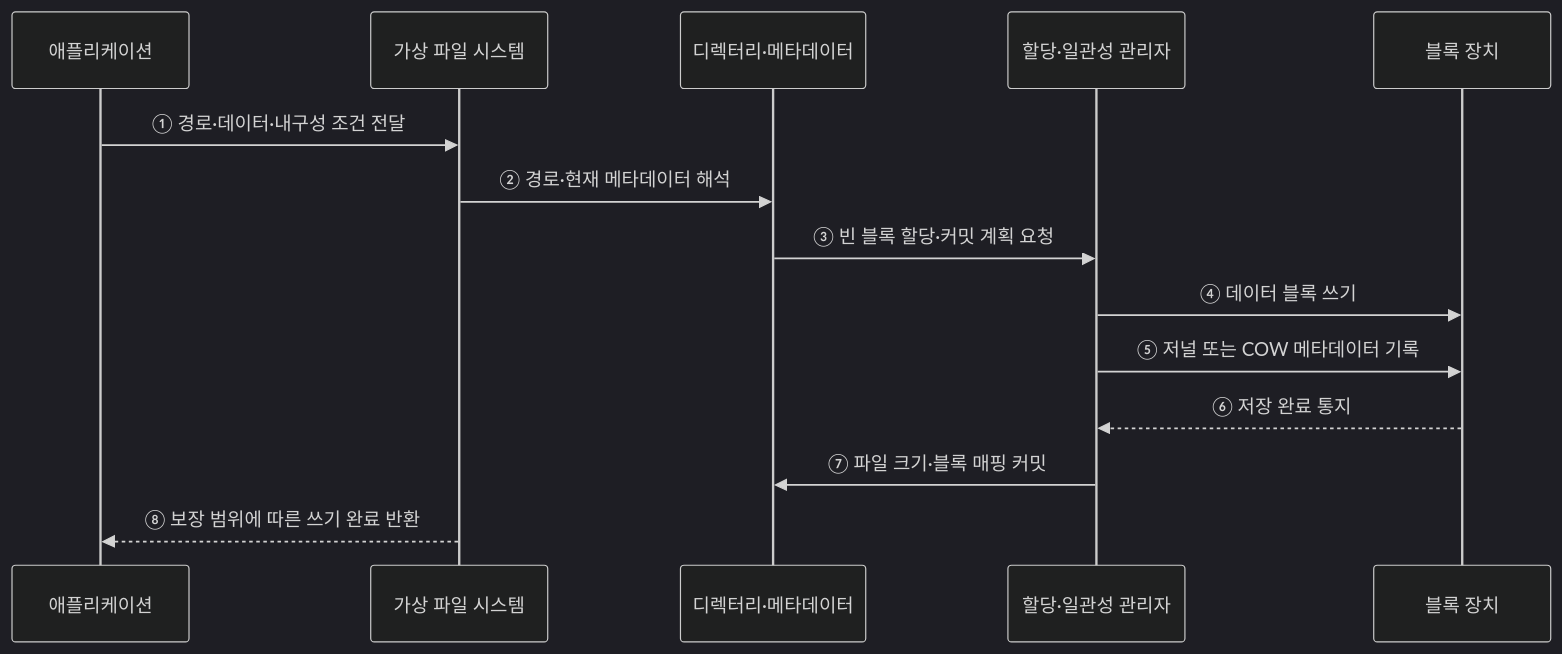
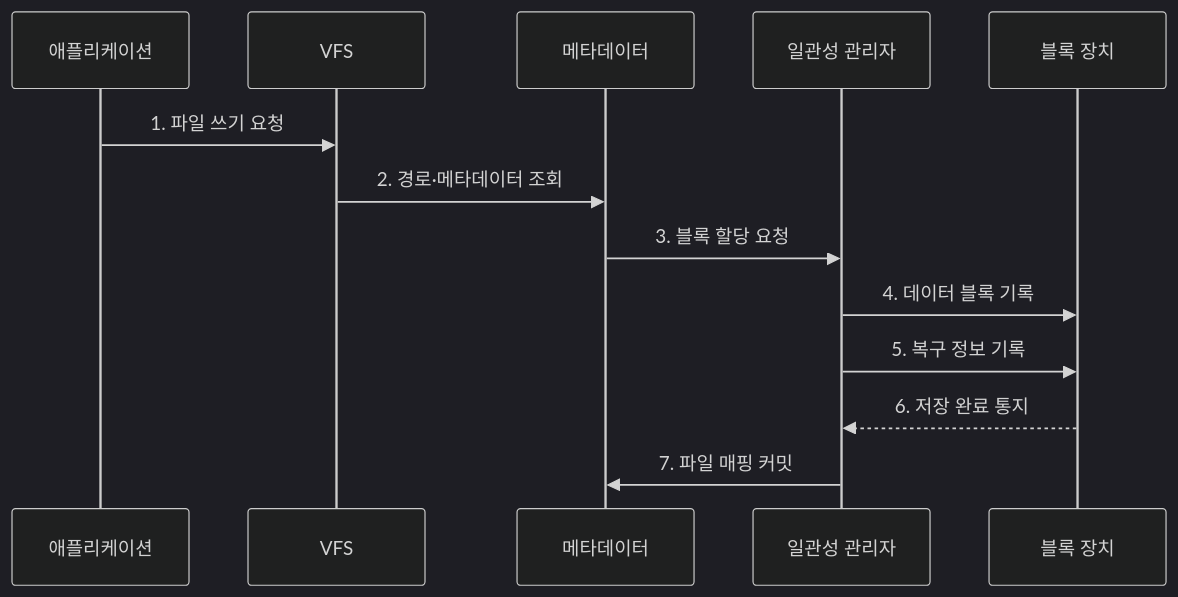
Before and after one commit to agnusdei1207/knowledge-base: the second of 2 diagrams in src/content/docs/notes/03-software/020_file_system.md, drawn with Mermaid (dark theme). The commit also changed other lines of this file and 20 other files, not shown here.

````diff
--- a/src/content/docs/notes/03-software/020_file_system.md
+++ b/src/content/docs/notes/03-software/020_file_system.md
@@ -93,16 +94,15 @@
 ```mermaid
 sequenceDiagram
     participant A as 애플리케이션
-    participant V as 가상 파일 시스템
-    participant M as 디렉터리·메타데이터
-    participant C as 할당·일관성 관리자
+    participant V as VFS
+    participant M as 메타데이터
+    participant C as 일관성 관리자
     participant D as 블록 장치
-    A->>V: ① 경로·데이터·내구성 조건 전달
-    V->>M: ② 경로·현재 메타데이터 해석
-    M->>C: ③ 빈 블록 할당·커밋 계획 요청
-    C->>D: ④ 데이터 블록 쓰기
-    C->>D: ⑤ 저널 또는 COW 메타데이터 기록
-    D-->>C: ⑥ 저장 완료 통지
-    C->>M: ⑦ 파일 크기·블록 매핑 커밋
-    V-->>A: ⑧ 보장 범위에 따른 쓰기 완료 반환
+    A->>V: 1. 파일 쓰기 요청
+    V->>M: 2. 경로·메타데이터 조회
+    M->>C: 3. 블록 할당 요청
+    C->>D: 4. 데이터 블록 기록
+    C->>D: 5. 복구 정보 기록
+    D-->>C: 6. 저장 완료 통지
+    C->>M: 7. 파일 매핑 커밋
 ```
````
